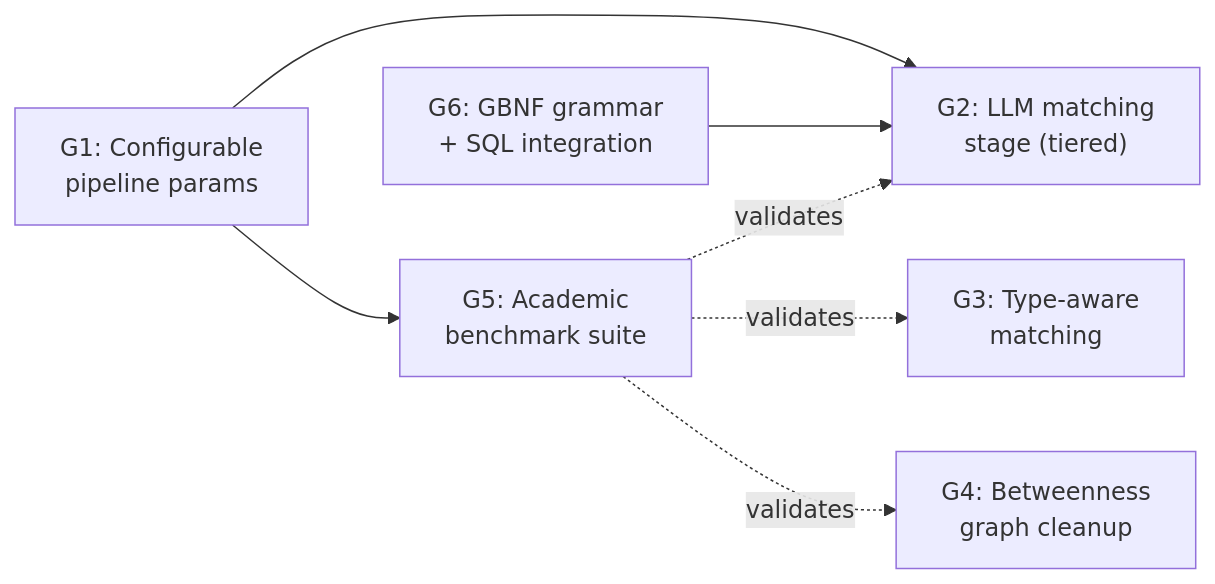
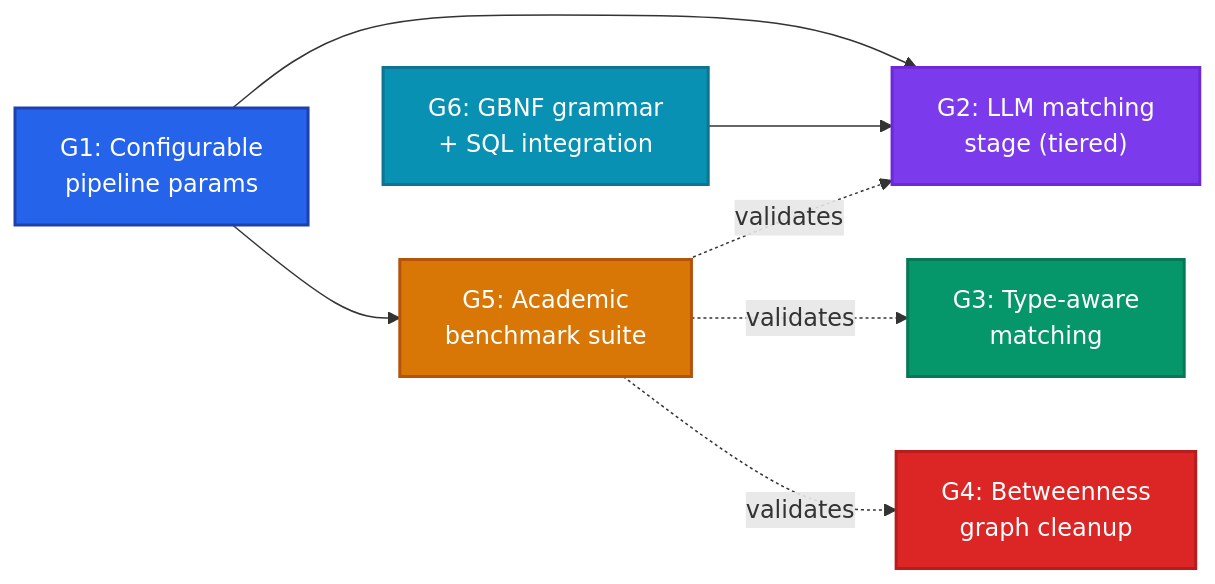
The fourth of 4 diagrams in docs/plans/er/00_gap_analysis.md (neozenith/sqlite-muninn), drawn with Mermaid before and after one commit. The commit also changed other lines of this file and 12 other files, not shown here.

````diff
--- a/docs/plans/er/00_gap_analysis.md
+++ b/docs/plans/er/00_gap_analysis.md
@@ -254,16 +294,23 @@
 ```mermaid
 flowchart LR
-    G1["G1: Configurable<br/>pipeline params"]
-    G3["G3: Type-aware<br/>matching"]
-    G6["G6: GBNF grammar<br/>+ SQL integration"]
-    G5["G5: Academic<br/>benchmark suite"]
-    G2["G2: LLM matching<br/>stage (tiered)"]
-    G4["G4: Betweenness<br/>graph cleanup"]
+    G1["G1: Configurable<br/>pipeline params"]:::g1
+    G3["G3: Type-aware<br/>matching"]:::g3
+    G6["G6: GBNF grammar<br/>+ SQL integration"]:::g6
+    G5["G5: Academic<br/>benchmark suite"]:::g5
+    G2["G2: LLM matching<br/>stage (tiered)"]:::g2
+    G4["G4: Betweenness<br/>graph cleanup"]:::g4
 
     G1 --> G2
     G1 --> G5
     G6 --> G2
     G5 -.->|validates| G2
     G5 -.->|validates| G3
     G5 -.->|validates| G4
+
+    classDef g1 fill:#2563eb,stroke:#1e40af,color:#fff,stroke-width:2px
+    classDef g2 fill:#7c3aed,stroke:#6d28d9,color:#fff,stroke-width:2px
+    classDef g3 fill:#059669,stroke:#047857,color:#fff,stroke-width:2px
+    classDef g4 fill:#dc2626,stroke:#b91c1c,color:#fff,stroke-width:2px
+    classDef g5 fill:#d97706,stroke:#b45309,color:#fff,stroke-width:2px
+    classDef g6 fill:#0891b2,stroke:#0e7490,color:#fff,stroke-width:2px
 ```
````
